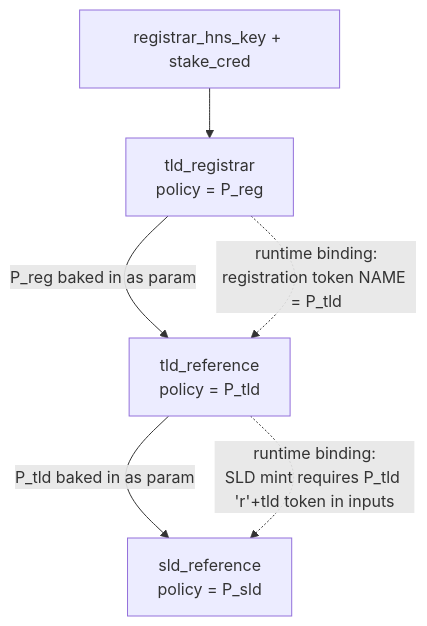
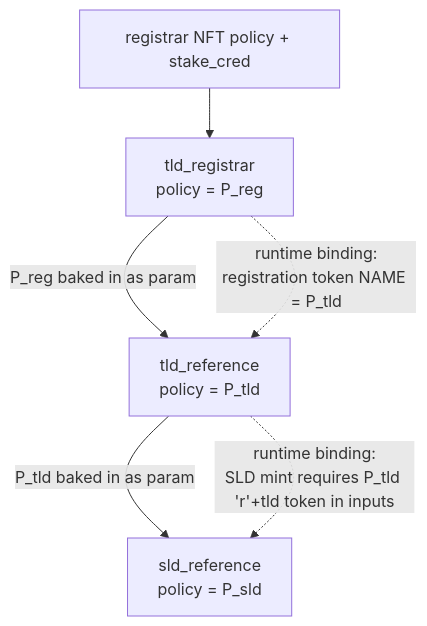
One commit to blinklabs-io/dns-contracts changed the second of 14 diagrams in docs/architecture/smart-contract-architecture.md. Above: the diagram before and after it, drawn with Mermaid. The commit also changed other lines of this file and 20 other files, not shown here.

First line of the commit message:
Registrar NFT auth, OwnerAction signature binding, and minted==1 boundary fixes (#21)

````diff
--- a/docs/architecture/smart-contract-architecture.md
+++ b/docs/architecture/smart-contract-architecture.md
@@ -150,9 +152,9 @@
 ```mermaid
 flowchart TD
-    RK["registrar_hns_key + stake_cred"] --> REG["tld_registrar<br/>policy = P_reg"]
+    RK["registrar NFT policy + stake_cred"] --> REG["tld_registrar<br/>policy = P_reg"]
     REG -- "P_reg baked in as param" --> TLD["tld_reference<br/>policy = P_tld"]
     TLD -- "P_tld baked in as param" --> SLD["sld_reference<br/>policy = P_sld"]
 
     REG -. "runtime binding:<br/>registration token NAME = P_tld" .-> TLD
     TLD -. "runtime binding:<br/>SLD mint requires P_tld 'r'+tld token in inputs" .-> SLD
 ```
````
